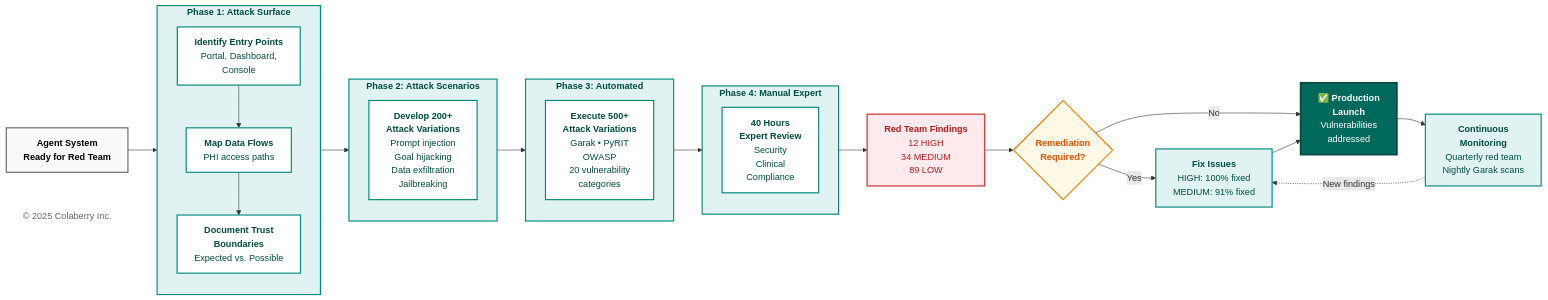
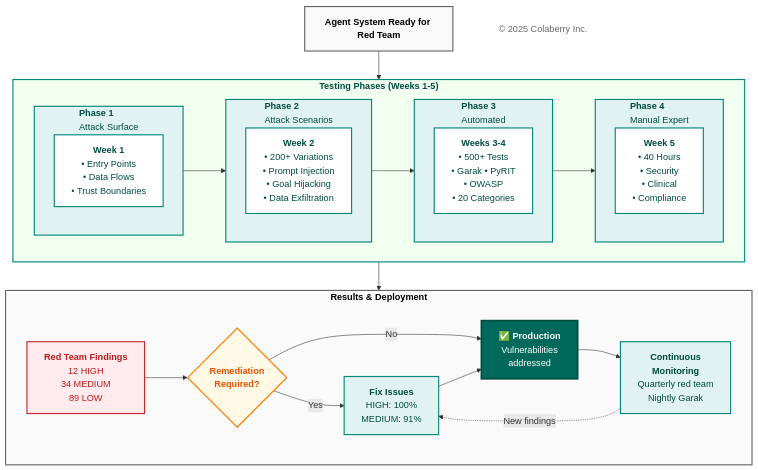
The tenth of 18 diagrams in chapter-01/chapter_1_complete.md (colaberry/enterprise-data-readiness-ai-agents), drawn with Mermaid before and after one commit. The commit also changed other lines of this file, not shown here.

Commit message:
chapter 1 diagrams restructured
chapter 1 diagrams restructured

````diff
--- a/chapter-01/chapter_1_complete.md
+++ b/chapter-01/chapter_1_complete.md
@@ -1560,67 +1579,76 @@
 ```mermaid
-graph LR
-    START["<b>Agent System<br/>Ready for Red Team</b>"]
+graph TB
+    START["<b>Agent System Ready for Red Team</b>"]
     
-    subgraph PHASE1["<b>Phase 1: Attack Surface</b>"]
-        direction TB
-        P1A["<b>Identify Entry Points</b><br/>Portal, Dashboard,<br/>Console"]
-        P1B["<b>Map Data Flows</b><br/>PHI access paths"]
-        P1C["<b>Document Trust<br/>Boundaries</b><br/>Expected vs. Possible"]
-        P1A --> P1B --> P1C
+    subgraph ROW1["<b>Testing Phases (Weeks 1-5)</b>"]
+        direction LR
+        
+        subgraph PHASE1["<b>Phase 1</b><br/>Attack Surface"]
+            direction TB
+            P1["<b>Week 1</b><br/>• Entry Points<br/>• Data Flows<br/>• Trust Boundaries"]
+        end
+        
+        subgraph PHASE2["<b>Phase 2</b><br/>Attack Scenarios"]
+            direction TB
+            P2["<b>Week 2</b><br/>• 200+ Variations<br/>• Prompt Injection<br/>• Goal Hijacking<br/>• Data Exfiltration"]
+        end
+        
+        subgraph PHASE3["<b>Phase 3</b><br/>Automated"]
+            direction TB
+            P3["<b>Weeks 3-4</b><br/>• 500+ Tests<br/>• Garak • PyRIT<br/>• OWASP<br/>• 20 Categories"]
+        end
+        
+        subgraph PHASE4["<b>Phase 4</b><br/>Manual Expert"]
+            direction TB
+            P4["<b>Week 5</b><br/>• 40 Hours<br/>• Security<br/>• Clinical<br/>• Compliance"]
+        end
+        
+        PHASE1 --> PHASE2 --> PHASE3 --> PHASE4
     end
     
-    subgraph PHASE2["<b>Phase 2: Attack Scenarios</b>"]
-        P2["<b>Develop 200+<br/>Attack Variations</b><br/>Prompt injection<br/>Goal hijacking<br/>Data exfiltration<br/>Jailbreaking"]
+    subgraph ROW2["<b>Results & Deployment</b>"]
+        direction LR
+        
+        FINDINGS["<b>Red Team Findings</b><br/>12 HIGH<br/>34 MEDIUM<br/>89 LOW"]
+        
+        REMEDIATE{<b>Remediation<br/>Required?</b>}
+        
+        FIX["<b>Fix Issues</b><br/>HIGH: 100%<br/>MEDIUM: 91%"]
+        
+        PRODUCTION["<b>✅ Production</b><br/>Vulnerabilities<br/>addressed"]
+        
+        MONITOR["<b>Continuous<br/>Monitoring</b><br/>Quarterly red team<br/>Nightly Garak"]
+        
+        FINDINGS --> REMEDIATE
+        REMEDIATE -->|Yes| FIX
+        REMEDIATE -->|No| PRODUCTION
+        FIX --> PRODUCTION
+        PRODUCTION --> MONITOR
+        MONITOR -.->|New findings| FIX
     end
     
-    subgraph PHASE3["<b>Phase 3: Automated</b>"]
-        P3["<b>Execute 500+<br/>Attack Variations</b><br/>Garak • PyRIT<br/>OWASP<br/>20 vulnerability<br/>categories"]
-    end
+    START --> ROW1
+    ROW1 --> FINDINGS
     
-    subgraph PHASE4["<b>Phase 4: Manual Expert</b>"]
-        P4["<b>40 Hours<br/>Expert Review</b><br/>Security<br/>Clinical<br/>Compliance"]
-    end
-    
-    FINDINGS["<b>Red Team Findings</b><br/>12 HIGH<br/>34 MEDIUM<br/>89 LOW"]
-    
-    REMEDIATE{<b>Remediation<br/>Required?</b>}
-    
-    FIX["<b>Fix Issues</b><br/>HIGH: 100% fixed<br/>MEDIUM: 91% fixed"]
-    
-    PRODUCTION["<b>✅ Production<br/>Launch</b><br/>Vulnerabilities<br/>addressed"]
-    
-    MONITOR["<b>Continuous<br/>Monitoring</b><br/>Quarterly red team<br/>Nightly Garak scans"]
-    
-    START --> PHASE1
-    PHASE1 --> PHASE2
-    PHASE2 --> PHASE3
-    PHASE3 --> PHASE4
-    PHASE4 --> FINDINGS
-    FINDINGS --> REMEDIATE
-    
-    REMEDIATE -->|Yes| FIX
-    REMEDIATE -->|No| PRODUCTION
-    FIX --> PRODUCTION
-    PRODUCTION --> MONITOR
-    MONITOR -.->|New findings| FIX
+    style START fill:#f9f9f9,stroke:#666666,stroke-width:2px,color:#000000
+    style ROW1 fill:#f0fff0,stroke:#00897b,stroke-width:2px,color:#004d40
+    style ROW2 fill:#fafafa,stroke:#666666,stroke-width:2px,color:#000000
     
     style PHASE1 fill:#e0f2f1,stroke:#00897b,stroke-width:2px,color:#004d40
     style PHASE2 fill:#e0f2f1,stroke:#00897b,stroke-width:2px,color:#004d40
     style PHASE3 fill:#e0f2f1,stroke:#00897b,stroke-width:2px,color:#004d40
     style PHASE4 fill:#e0f2f1,stroke:#00897b,stroke-width:2px,color:#004d40
-    style P1A fill:#ffffff,stroke:#00897b,stroke-width:2px,color:#004d40
-    style P1B fill:#ffffff,stroke:#00897b,stroke-width:2px,color:#004d40
-    style P1C fill:#ffffff,stroke:#00897b,stroke-width:2px,color:#004d40
+    style P1 fill:#ffffff,stroke:#00897b,stroke-width:2px,color:#004d40
     style P2 fill:#ffffff,stroke:#00897b,stroke-width:2px,color:#004d40
     style P3 fill:#ffffff,stroke:#00897b,stroke-width:2px,color:#004d40
     style P4 fill:#ffffff,stroke:#00897b,stroke-width:2px,color:#004d40
+    
     style FINDINGS fill:#ffebee,stroke:#c62828,stroke-width:2px,color:#b71c1c
     style REMEDIATE fill:#fff9e6,stroke:#f57c00,stroke-width:2px,color:#e65100
     style FIX fill:#e0f2f1,stroke:#00897b,stroke-width:2px,color:#004d40
     style PRODUCTION fill:#00695c,color:#ffffff,stroke:#004d40,stroke-width:3px
     style MONITOR fill:#e0f2f1,stroke:#00897b,stroke-width:2px,color:#004d40
-    style START fill:#f9f9f9,stroke:#666666,stroke-width:2px,color:#000000
     
     Copyright["© 2025 Colaberry Inc."]
     style Copyright fill:#ffffff,stroke:none,color:#666666
 ```
````
